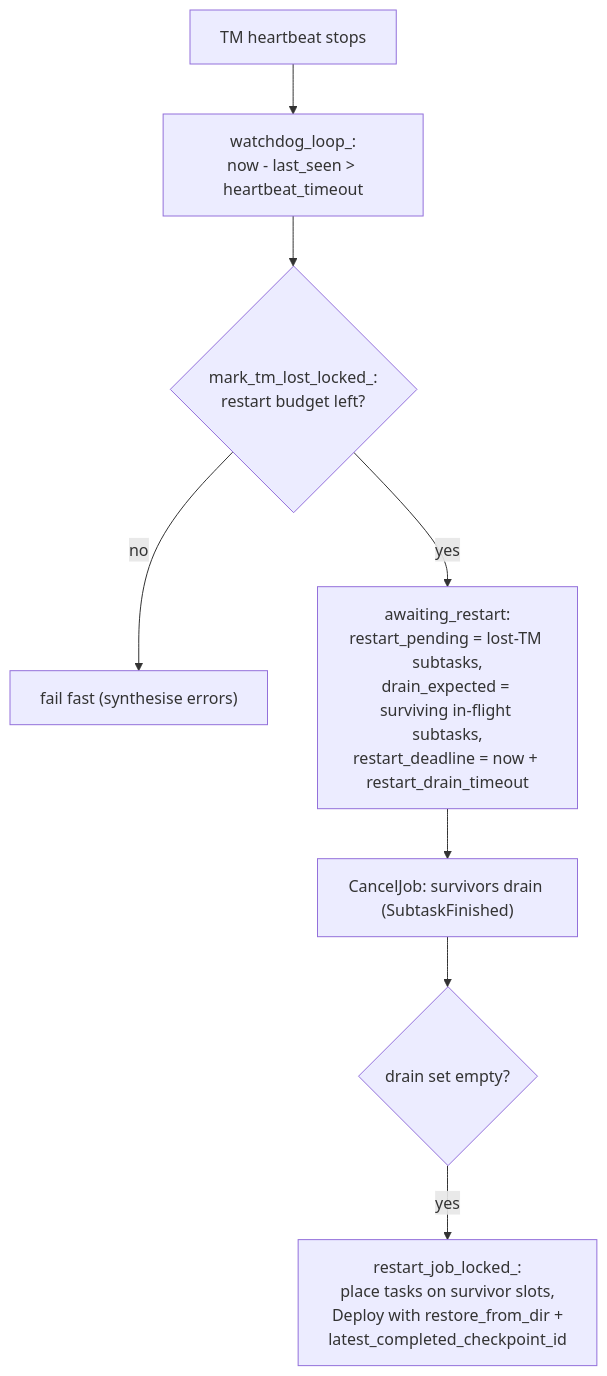
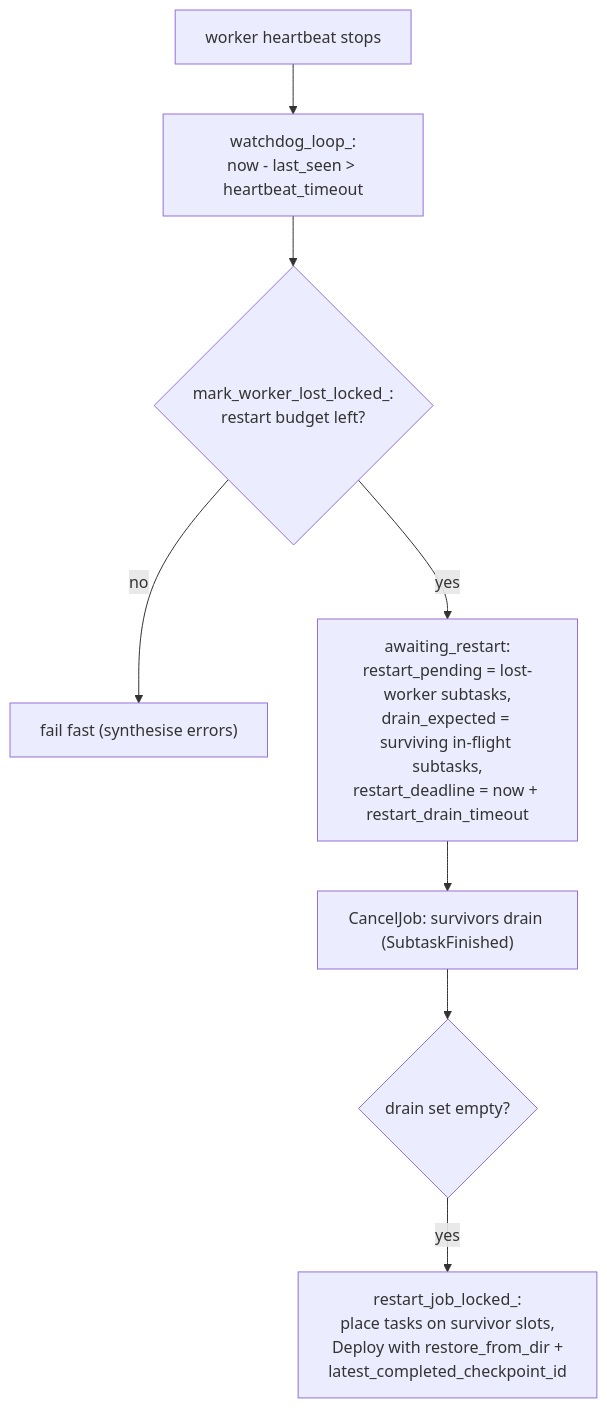
One commit to orhaugh/clink changed the first of 2 diagrams in docs/internals/fault-tolerance-and-rescale.md. Above: the diagram before and after it, drawn with Mermaid. The commit also changed other lines of this file and 310 other files, not shown here.

````diff
--- a/docs/internals/fault-tolerance-and-rescale.md
+++ b/docs/internals/fault-tolerance-and-rescale.md
@@ -37,10 +37,10 @@
 ```mermaid
 flowchart TD
-  HB["TM heartbeat stops"] --> WD["watchdog_loop_:<br/>now - last_seen &gt; heartbeat_timeout"]
-  WD --> ML{"mark_tm_lost_locked_:<br/>restart budget left?"}
+  HB["worker heartbeat stops"] --> WD["watchdog_loop_:<br/>now - last_seen &gt; heartbeat_timeout"]
+  WD --> ML{"mark_worker_lost_locked_:<br/>restart budget left?"}
   ML -->|no| FF["fail fast (synthesise errors)"]
-  ML -->|yes| AR["awaiting_restart:<br/>restart_pending = lost-TM subtasks,<br/>drain_expected = surviving in-flight subtasks,<br/>restart_deadline = now + restart_drain_timeout"]
+  ML -->|yes| AR["awaiting_restart:<br/>restart_pending = lost-worker subtasks,<br/>drain_expected = surviving in-flight subtasks,<br/>restart_deadline = now + restart_drain_timeout"]
   AR --> CJ["CancelJob: survivors drain (SubtaskFinished)"]
   CJ --> DE{"drain set empty?"}
   DE -->|yes| RJ["restart_job_locked_:<br/>place tasks on survivor slots,<br/>Deploy with restore_from_dir +<br/>latest_completed_checkpoint_id"]
 ```
````
